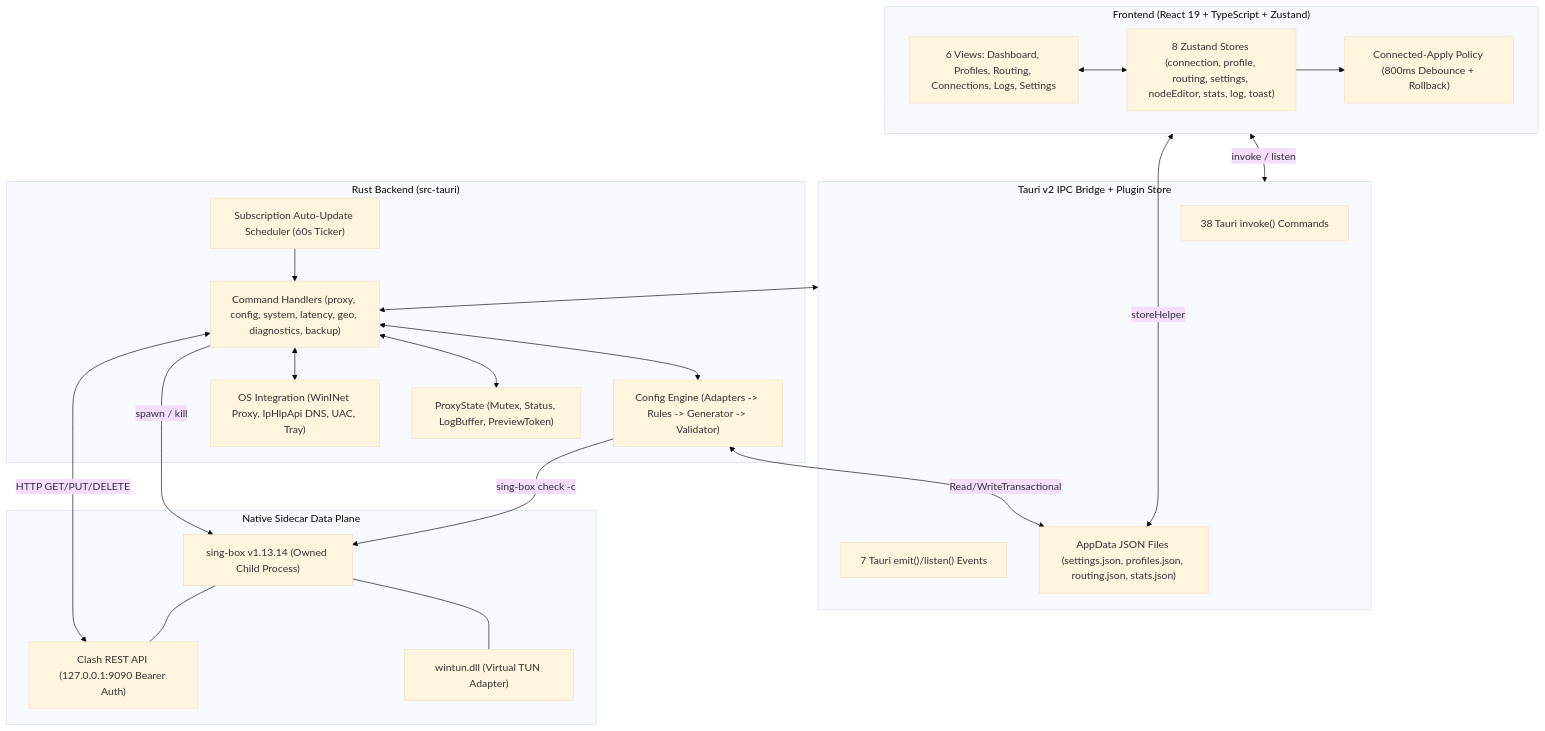
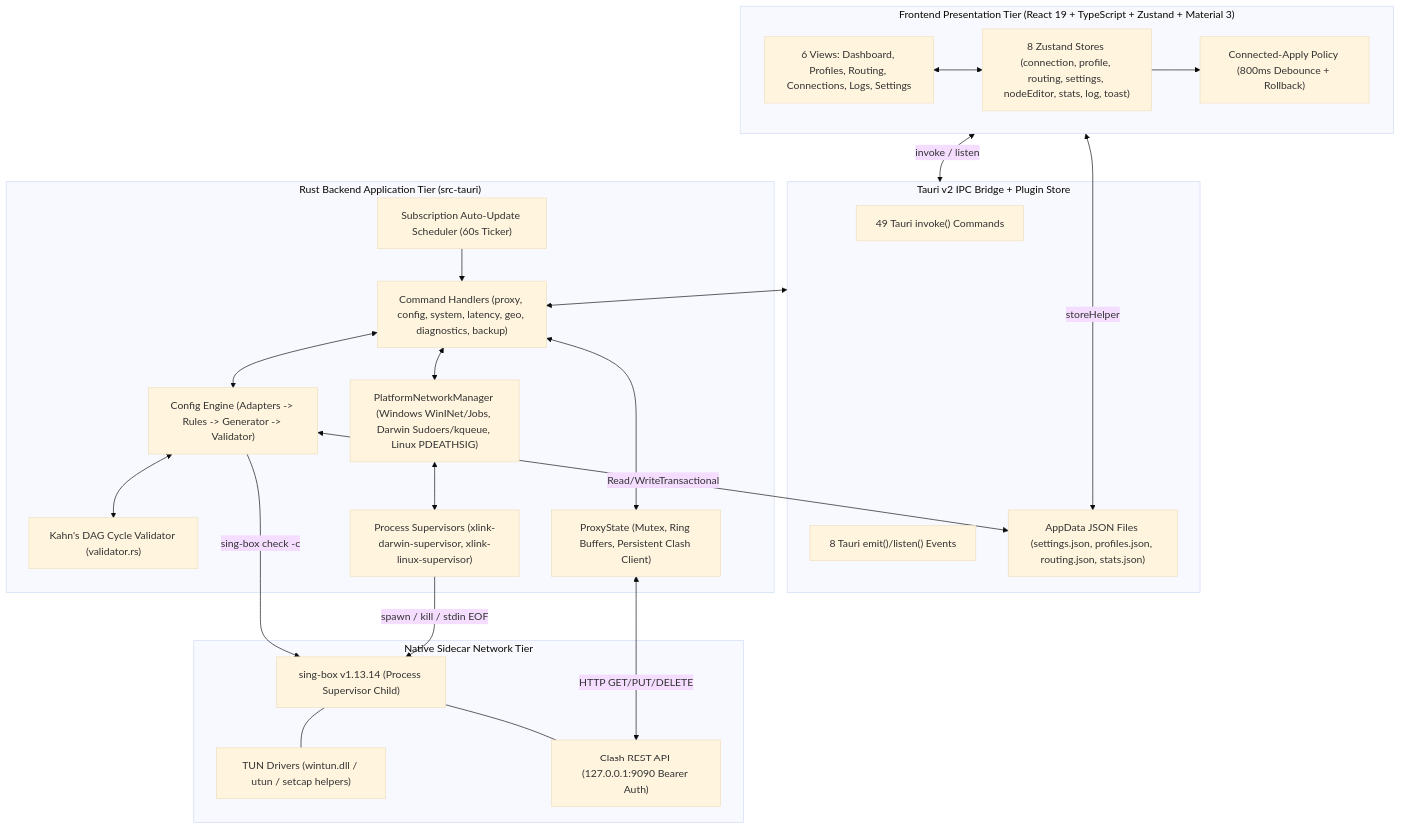
Before and after one commit to Isuruzenith/X-Link: the first of 3 diagrams in docs/01-Architecture-Overview.md, drawn with Mermaid (base theme). The commit also changed other lines of this file and 13 other files, not shown here.

First line of the commit message:
docs: update architecture vault and design specs for v0.8.0

````diff
--- a/docs/01-Architecture-Overview.md
+++ b/docs/01-Architecture-Overview.md
@@ -26,44 +26,48 @@
 ```mermaid
 flowchart TB
-    subgraph UI["Frontend (React 19 + TypeScript + Zustand)"]
+    subgraph UI["Frontend Presentation Tier (React 19 + TypeScript + Zustand + Material 3)"]
         Views["6 Views: Dashboard, Profiles, Routing, Connections, Logs, Settings"]
         Stores["8 Zustand Stores (connection, profile, routing, settings, nodeEditor, stats, log, toast)"]
         Applier["Connected-Apply Policy (800ms Debounce + Rollback)"]
         Views <--> Stores
         Stores --> Applier
     end
 
     subgraph IPC["Tauri v2 IPC Bridge + Plugin Store"]
-        Invoke["38 Tauri invoke() Commands"]
-        Events["7 Tauri emit()/listen() Events"]
+        Invoke["49 Tauri invoke() Commands"]
+        Events["8 Tauri emit()/listen() Events"]
         DiskStore["AppData JSON Files (settings.json, profiles.json, routing.json, stats.json)"]
     end
 
-    subgraph Rust["Rust Backend (src-tauri)"]
+    subgraph Rust["Rust Backend Application Tier (src-tauri)"]
         Cmds["Command Handlers (proxy, config, system, latency, geo, diagnostics, backup)"]
         Gen["Config Engine (Adapters -> Rules -> Generator -> Validator)"]
-        ProxyState["ProxyState (Mutex<Child>, Status, LogBuffer, PreviewToken)"]
-        OS["OS Integration (WinINet Proxy, IpHlpApi DNS, UAC, Tray)"]
+        DAG["Kahn's DAG Cycle Validator (validator.rs)"]
+        ProxyState["ProxyState (Mutex<SidecarChild>, Ring Buffers, Persistent Clash Client)"]
+        OS["PlatformNetworkManager (Windows WinINet/Jobs, Darwin Sudoers/kqueue, Linux PDEATHSIG)"]
+        Supervisors["Process Supervisors (xlink-darwin-supervisor, xlink-linux-supervisor)"]
         Scheduler["Subscription Auto-Update Scheduler (60s Ticker)"]
     end
 
-    subgraph DataPlane["Native Sidecar Data Plane"]
-        SingBox["sing-box v1.13.14 (Owned Child Process)"]
-        Wintun["wintun.dll (Virtual TUN Adapter)"]
+    subgraph DataPlane["Native Sidecar Network Tier"]
+        SingBox["sing-box v1.13.14 (Process Supervisor Child)"]
+        TunDriver["TUN Drivers (wintun.dll / utun / setcap helpers)"]
         ClashAPI["Clash REST API (127.0.0.1:9090 Bearer Auth)"]
-        SingBox --- Wintun
+        SingBox --- TunDriver
         SingBox --- ClashAPI
     end
 
     UI <-->|"invoke / listen"| IPC
     UI <-->|"storeHelper"| DiskStore
     IPC <--> Cmds
     Cmds <--> Gen
+    Gen <--> DAG
     Cmds <--> ProxyState
     Cmds <--> OS
+    OS <--> Supervisors
     Gen <-->|"Read/WriteTransactional"| DiskStore
     Gen -->|"sing-box check -c"| SingBox
-    Cmds -->|"spawn / kill"| SingBox
-    Cmds <-->|"HTTP GET/PUT/DELETE"| ClashAPI
+    Supervisors -->|"spawn / kill / stdin EOF"| SingBox
+    ProxyState <-->|"HTTP GET/PUT/DELETE"| ClashAPI
     Scheduler --> Cmds
 ```
````
